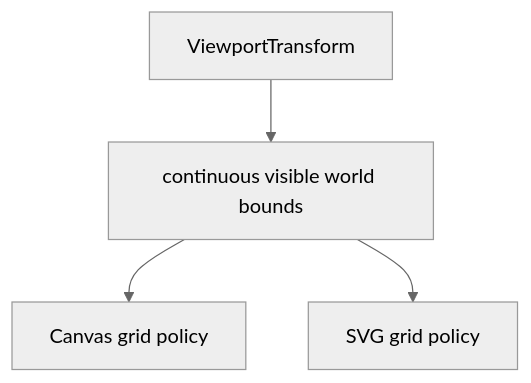
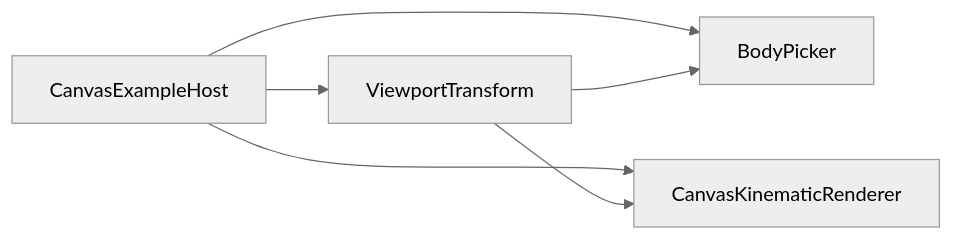
One commit to fa-ribeiro/vLab2D changed the first of 2 diagrams in src/visualization/README.md. Above: the diagram before and after it, drawn with Mermaid (neutral theme). The commit also changed other lines of this file and 4 other files, not shown here.

Commit message:
docs: reconcile phase 2 architecture

````diff
--- a/src/visualization/README.md
+++ b/src/visualization/README.md
@@ -213,11 +129,13 @@
 ```mermaid
-flowchart TD
-    TRANSFORM["ViewportTransform"]
-    BOUNDS["continuous visible world bounds"]
-    CANVAS["Canvas grid policy"]
-    SVG["SVG grid policy"]
+flowchart LR
+    H["CanvasExampleHost"]
+    V["ViewportTransform"]
+    P["BodyPicker"]
+    R["CanvasKinematicRenderer"]
 
-    TRANSFORM --> BOUNDS
-    BOUNDS --> CANVAS
-    BOUNDS --> SVG
+    H --> V
+    H --> P
+    H --> R
+    V --> P
+    V --> R
 ```
````
